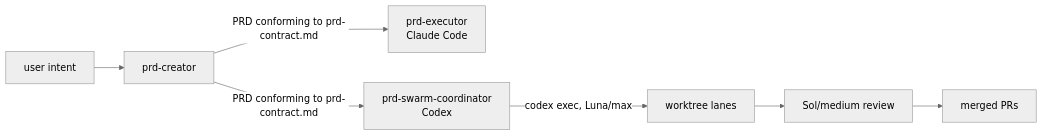
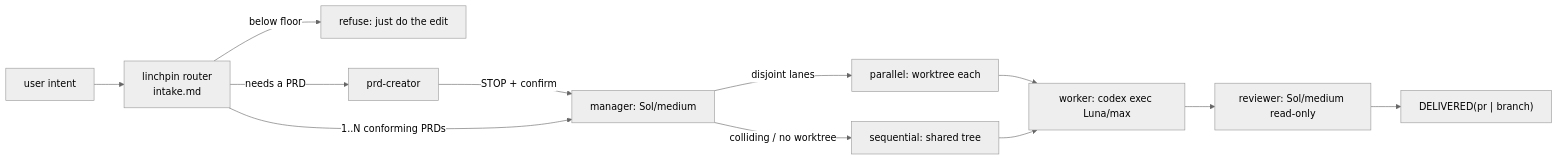
The diagram in docs/PRDs/linchpin-plugin.md (jonit-dev/linchpin), drawn with Mermaid (neutral theme) before and after one commit. The commit also changed other lines of this file and 1 other file, not shown here.

Commit message:
Prepare linchpin repository

````diff
--- a/docs/PRDs/linchpin-plugin.md
+++ b/docs/PRDs/linchpin-plugin.md
@@ -92,8 +148,14 @@
 ```mermaid
 flowchart LR
-    U[user intent] --> C[prd-creator]
-    C -->|PRD conforming to prd-contract.md| E[prd-executor<br/>Claude Code]
-    C -->|PRD conforming to prd-contract.md| S[prd-swarm-coordinator<br/>Codex]
-    S -->|codex exec, Luna/max| W[worktree lanes]
-    W --> R[Sol/medium review] --> M[merged PRs]
+    U[user intent] --> R[linchpin router<br/>intake.md]
+    R -->|below floor| X[refuse: just do the edit]
+    R -->|needs a PRD| C[prd-creator]
+    C -->|STOP + confirm| M
+    R -->|1..N conforming PRDs| M[manager: Sol/medium]
+    M -->|disjoint lanes| P[parallel: worktree each]
+    M -->|colliding / no worktree| Q[sequential: shared tree]
+    P --> W[worker: codex exec Luna/max]
+    Q --> W
+    W --> V[reviewer: Sol/medium read-only]
+    V --> D["DELIVERED(pr | branch)"]
 ```
````
